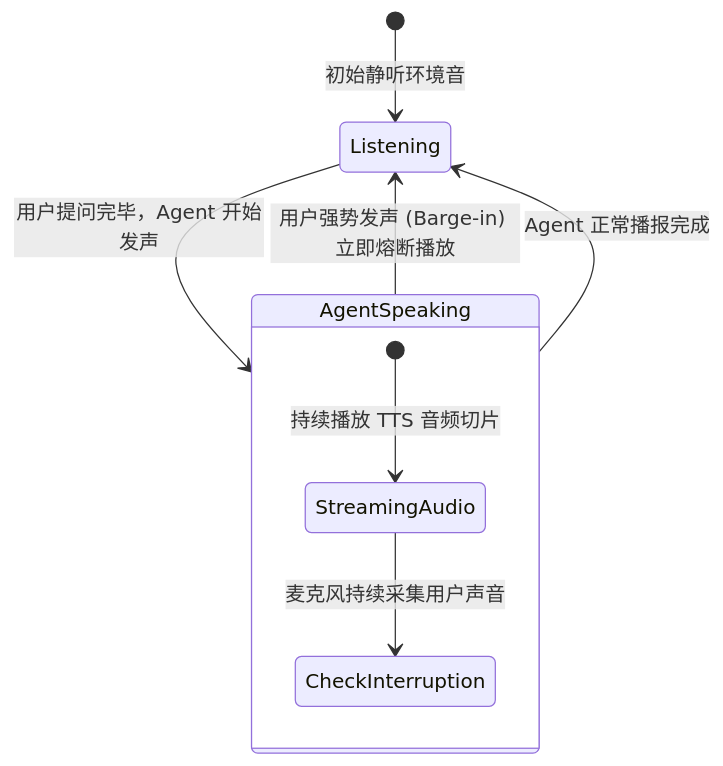
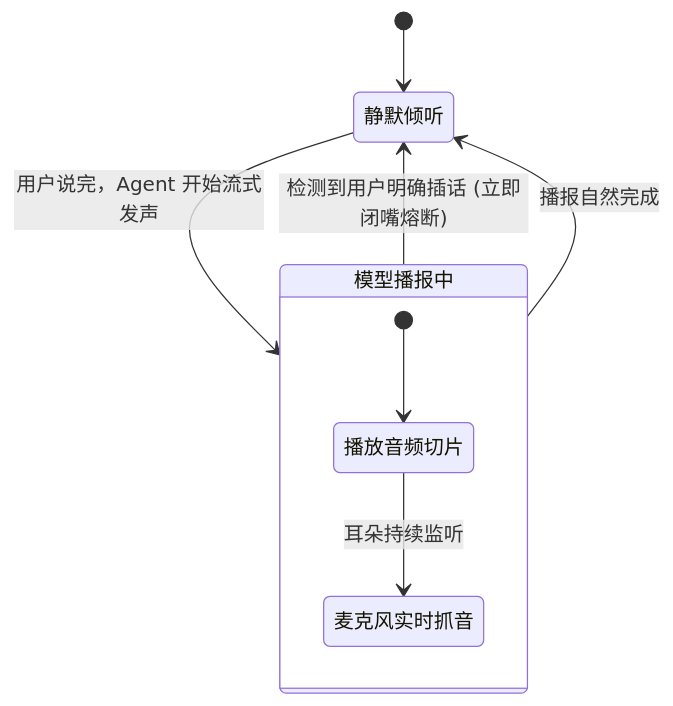
One commit to ljh12138164/ai-agent-study changed the third of 3 diagrams in app/ch06-interaction/02-voice-agent-and-full-duplex/page.mdx. Above: the diagram before and after it, drawn with Mermaid. The commit also changed other lines of this file and 43 other files, not shown here.

````diff
--- a/app/ch06-interaction/02-voice-agent-and-full-duplex/page.mdx
+++ b/app/ch06-interaction/02-voice-agent-and-full-duplex/page.mdx
@@ -58,14 +56,13 @@
 ```mermaid
 stateDiagram-v2
-    [*] --> Listening : 初始静听环境音
+    [*] --> 静默倾听
+    静默倾听 --> 模型播报中 : 用户说完，Agent 开始流式发声
     
-    Listening --> AgentSpeaking : 用户提问完毕，Agent 开始发声
-    
-    state AgentSpeaking {
-        [*] --> StreamingAudio : 持续播放 TTS 音频切片
-        StreamingAudio --> CheckInterruption : 麦克风持续采集用户声音
+    state 模型播报中 {
+        [*] --> 播放音频切片
+        播放音频切片 --> 麦克风实时抓音 : 耳朵持续监听
     }
     
-    AgentSpeaking --> Listening : 用户强势发声 (Barge-in) 立即熔断播放
-    AgentSpeaking --> Listening : Agent 正常播报完成
+    模型播报中 --> 静默倾听 : 检测到用户明确插话 (立即闭嘴熔断)
+    模型播报中 --> 静默倾听 : 播报自然完成
 ```
````
